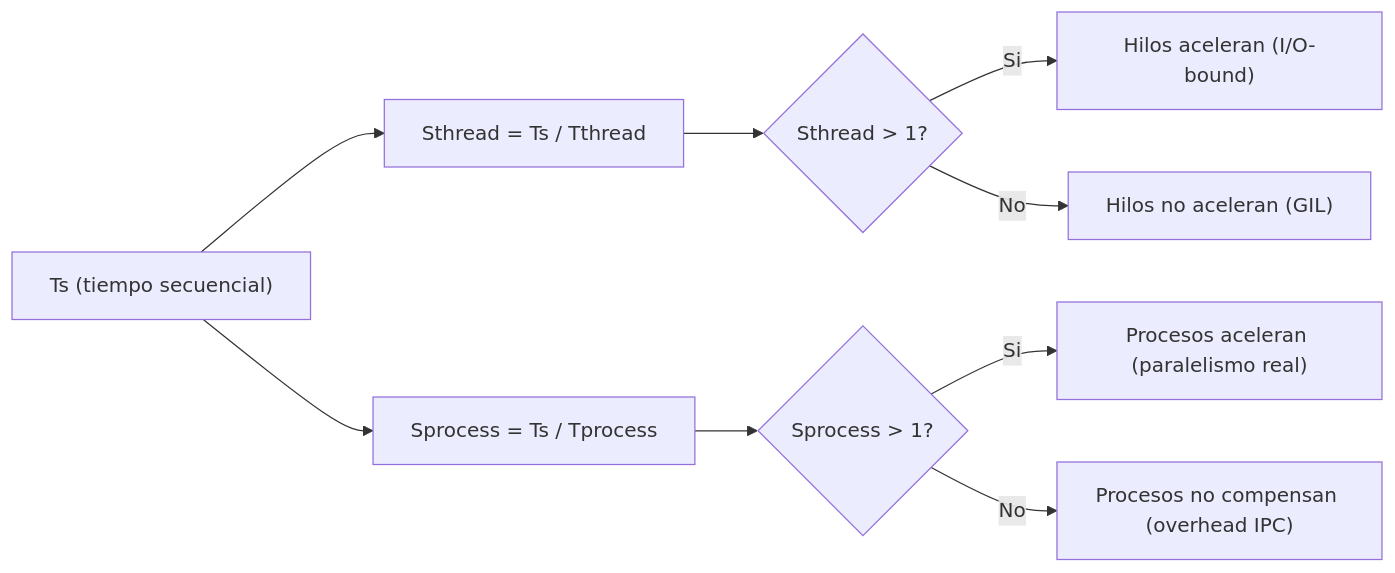
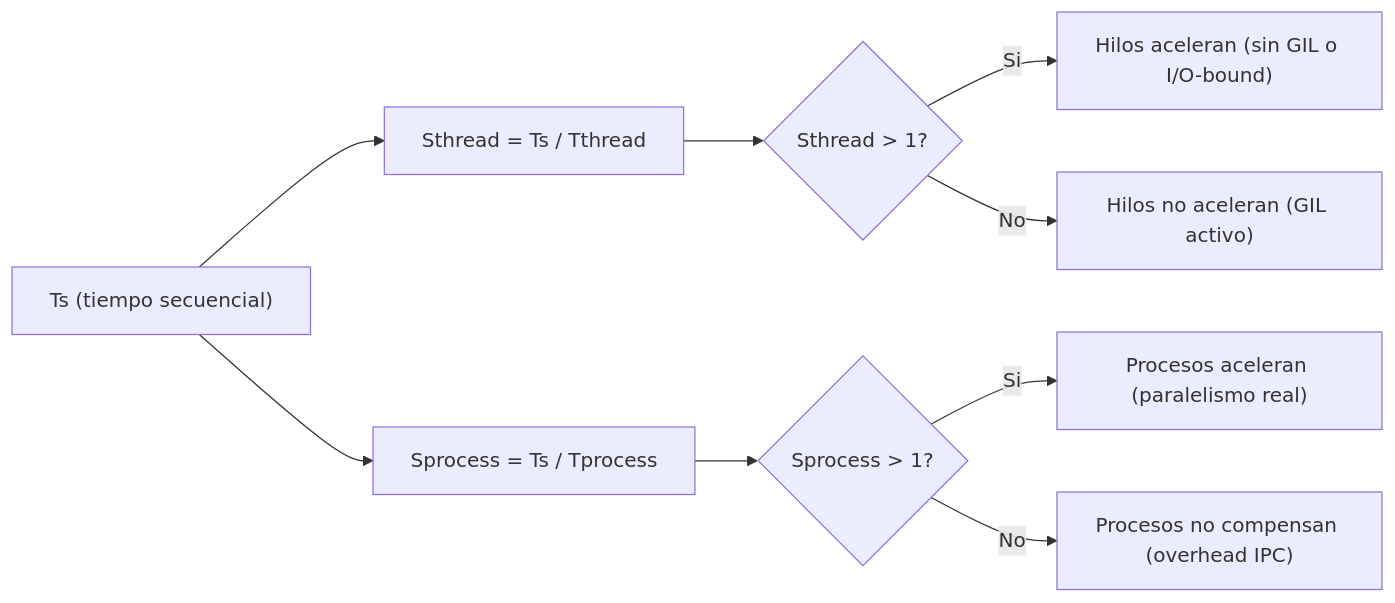
One commit to FepDev25/practica-monitoreo-ambiental changed the second of 2 diagrams in README.md. Above: the diagram before and after it, drawn with Mermaid. The commit also changed other lines of this file and 9 other files, not shown here.

````diff
--- a/README.md
+++ b/README.md
@@ -170,11 +181,11 @@
 ```mermaid
 flowchart LR
     TS["Ts (tiempo secuencial)"] --> STHREAD["Sthread = Ts / Tthread"]
     TS --> SPROCESS["Sprocess = Ts / Tprocess"]
     STHREAD --> Q1{"Sthread > 1?"}
-    Q1 -- Si --> R1["Hilos aceleran (I/O-bound)"]
-    Q1 -- No --> R2["Hilos no aceleran (GIL)"]
+    Q1 -- Si --> R1["Hilos aceleran (sin GIL o I/O-bound)"]
+    Q1 -- No --> R2["Hilos no aceleran (GIL activo)"]
     SPROCESS --> Q2{"Sprocess > 1?"}
     Q2 -- Si --> R3["Procesos aceleran (paralelismo real)"]
     Q2 -- No --> R4["Procesos no compensan (overhead IPC)"]
 ```
````
